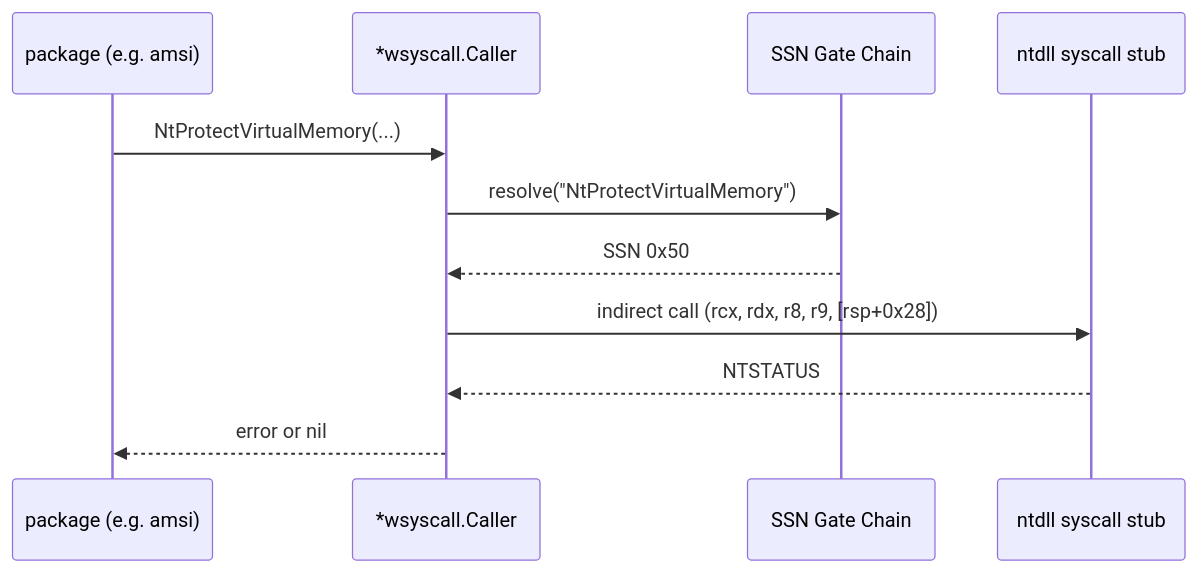
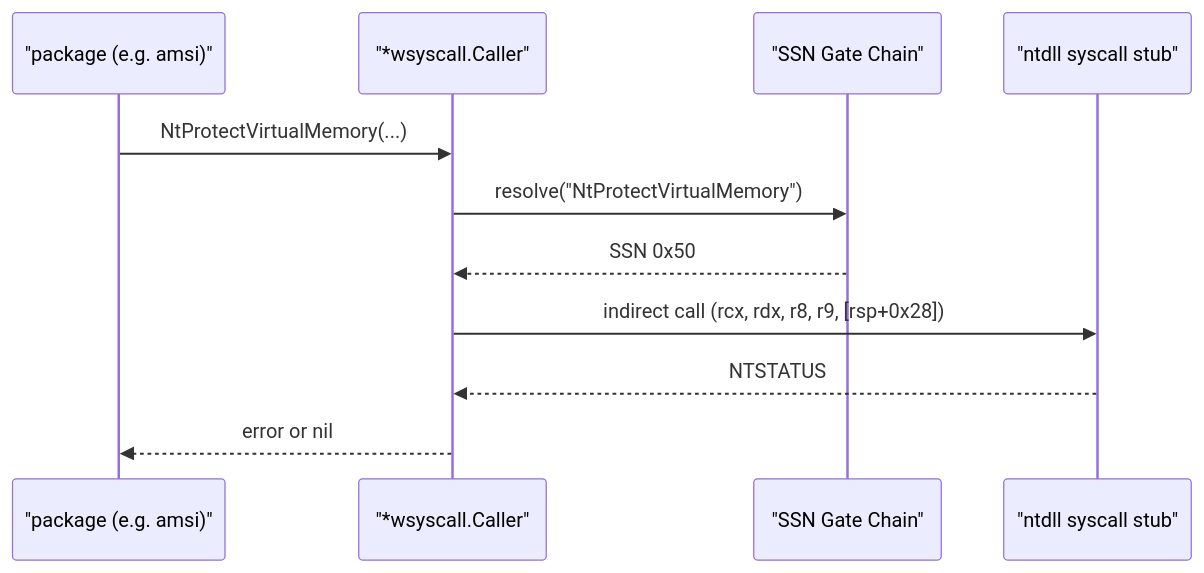
The second of 2 diagrams in docs/by-role/researcher.md (oioio-space/maldev), drawn with Mermaid before and after one commit. The commit also changed 52 other files, not shown here.

First line of the commit message:
fix(docs): quote multi-word Mermaid participant aliases — 11.2.0 strict-mode sweep

````diff
--- a/docs/by-role/researcher.md
+++ b/docs/by-role/researcher.md
@@ -56,13 +56,13 @@
 ```mermaid
 sequenceDiagram
-    participant Pkg as package (e.g. amsi)
-    participant Caller as *wsyscall.Caller
-    participant Resolver as SSN Gate Chain
-    participant NT as ntdll syscall stub
+    participant Pkg as "package (e.g. amsi)"
+    participant Caller as "*wsyscall.Caller"
+    participant Resolver as "SSN Gate Chain"
+    participant NT as "ntdll syscall stub"
     Pkg->>Caller: NtProtectVirtualMemory(...)
     Caller->>Resolver: resolve("NtProtectVirtualMemory")
     Resolver-->>Caller: SSN 0x50
     Caller->>NT: indirect call (rcx, rdx, r8, r9, [rsp+0x28])
     NT-->>Caller: NTSTATUS
     Caller-->>Pkg: error or nil
 ```
````
